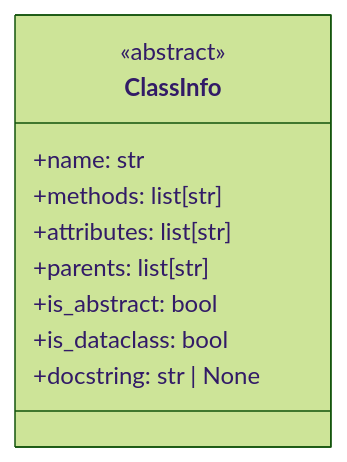
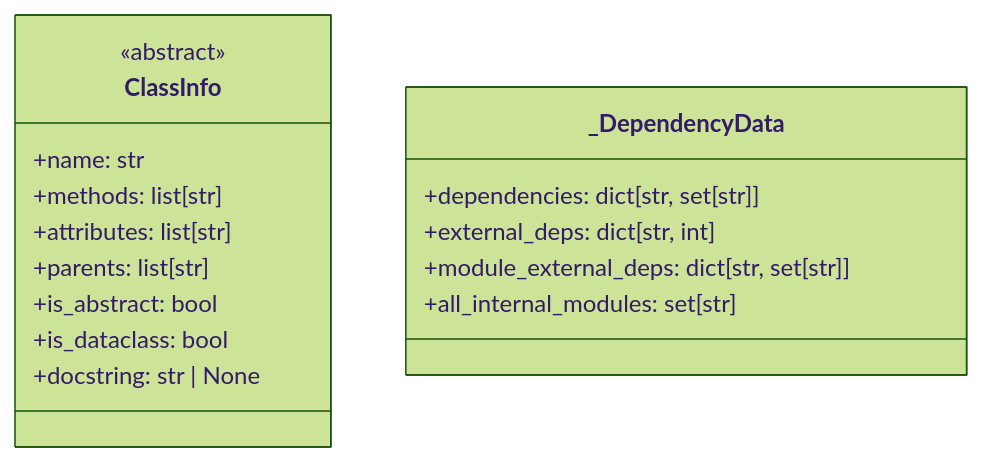
Before and after one commit to UrbanDiver/local-deepwiki-mcp: the first of 2 diagrams in .deepwiki/files/src/local_deepwiki/generators/diagrams.md, drawn with Mermaid (forest theme). The commit also changed other lines of this file and 65 other files, not shown here.

````diff
--- a/.deepwiki/files/src/local_deepwiki/generators/diagrams.md
+++ b/.deepwiki/files/src/local_deepwiki/generators/diagrams.md
@@ -1208,13 +1131,19 @@
 ```mermaid
 classDiagram
     class ClassInfo {
         <<abstract>>
         +name: str
         +methods: list[str]
         +attributes: list[str]
         +parents: list[str]
         +is_abstract: bool
         +is_dataclass: bool
         +docstring: str | None
     }
+    class _DependencyData {
+        +dependencies: dict[str, set[str]]
+        +external_deps: dict[str, int]
+        +module_external_deps: dict[str, set[str]]
+        +all_internal_modules: set[str]
+    }
 ```
````
